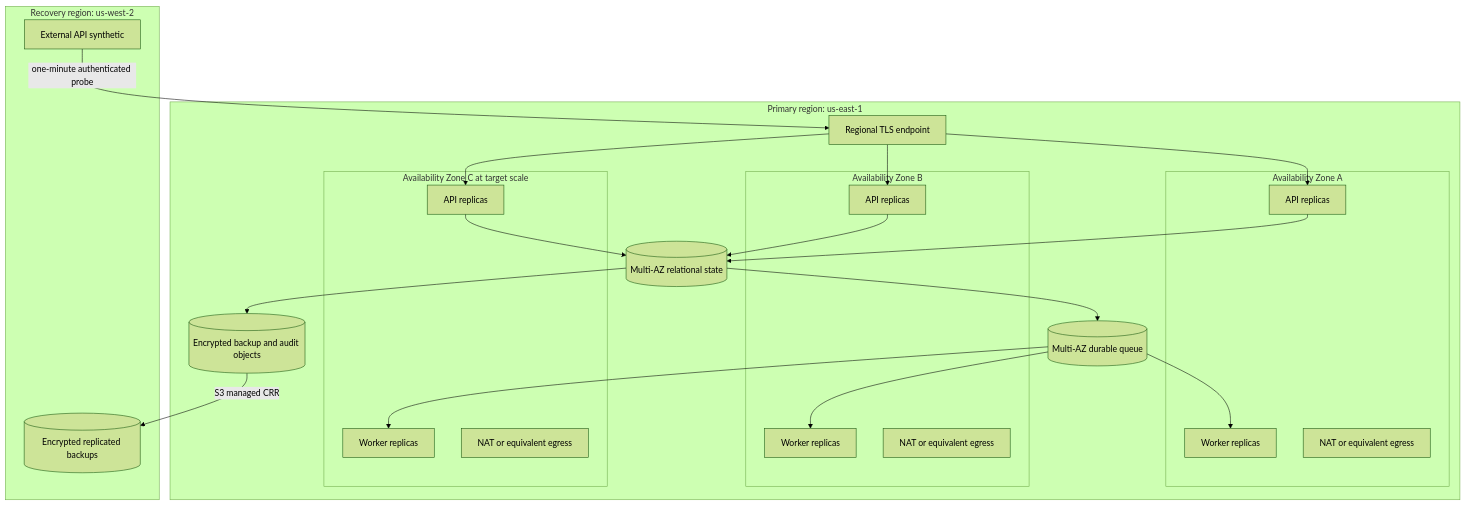
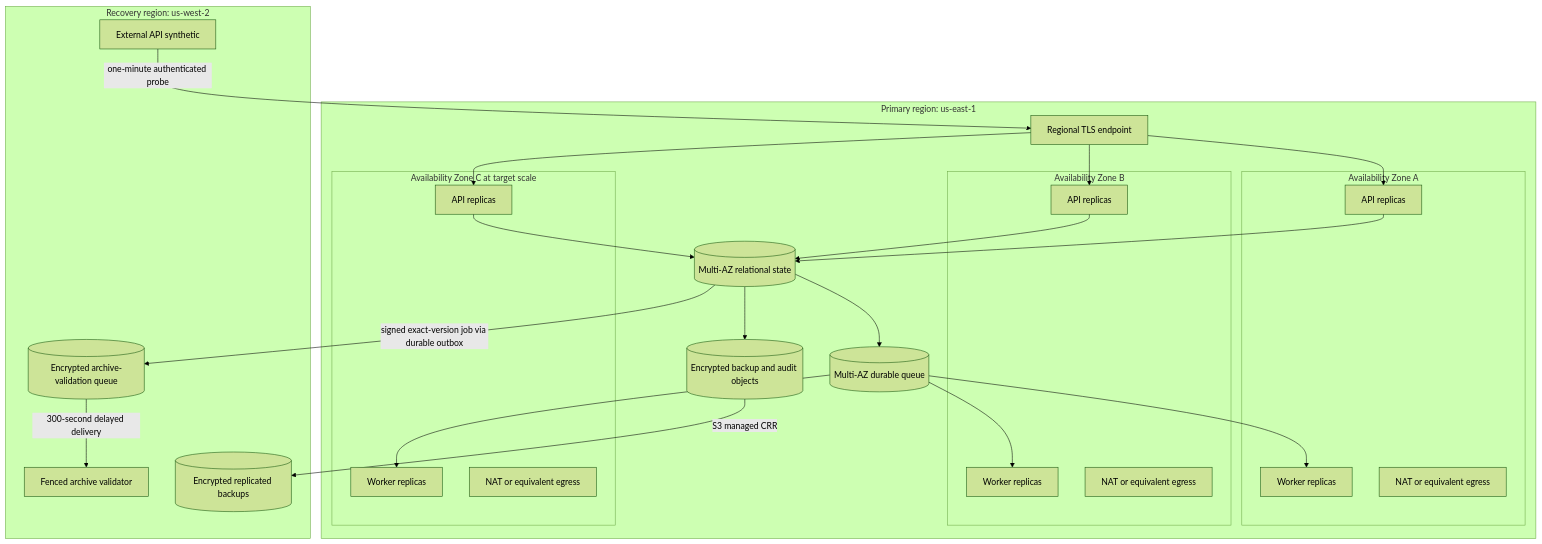
The diagram in docs/architecture/0001-alpha-operational-bounds.md (ArdurAI/veer), drawn with Mermaid (forest theme) before and after one commit. The commit also changed other lines of this file and 9 other files, not shown here.

Commit message:
docs(architecture): complete operational budget contracts for #83

````diff
--- a/docs/architecture/0001-alpha-operational-bounds.md
+++ b/docs/architecture/0001-alpha-operational-bounds.md
@@ -46,43 +46,47 @@
 ```mermaid
 flowchart TB
     subgraph PRIMARY["Primary region: us-east-1"]
         EDGE[Regional TLS endpoint]
         subgraph AZA["Availability Zone A"]
             APIA[API replicas]
             WORKERA[Worker replicas]
             NATA[NAT or equivalent egress]
         end
         subgraph AZB["Availability Zone B"]
             APIB[API replicas]
             WORKERB[Worker replicas]
             NATB[NAT or equivalent egress]
         end
         subgraph AZC["Availability Zone C at target scale"]
             APIC[API replicas]
             WORKERC[Worker replicas]
             NATC[NAT or equivalent egress]
         end
         DB[(Multi-AZ relational state)]
         QUEUE[(Multi-AZ durable queue)]
         OBJECTS[(Encrypted backup and audit objects)]
         EDGE --> APIA
         EDGE --> APIB
         EDGE --> APIC
         APIA --> DB
         APIB --> DB
         APIC --> DB
         DB --> QUEUE
         QUEUE --> WORKERA
         QUEUE --> WORKERB
         QUEUE --> WORKERC
         DB --> OBJECTS
     end
 
     subgraph RECOVERY["Recovery region: us-west-2"]
         BACKUP[(Encrypted replicated backups)]
+        VALIDATIONQ[(Encrypted archive-validation queue)]
+        VALIDATOR[Fenced archive validator]
         PROBE[External API synthetic]
     end
 
     OBJECTS -->|S3 managed CRR| BACKUP
+    DB -->|signed exact-version job via durable outbox| VALIDATIONQ
+    VALIDATIONQ -->|300-second delayed delivery| VALIDATOR
     PROBE -->|one-minute authenticated probe| EDGE
 ```
````
